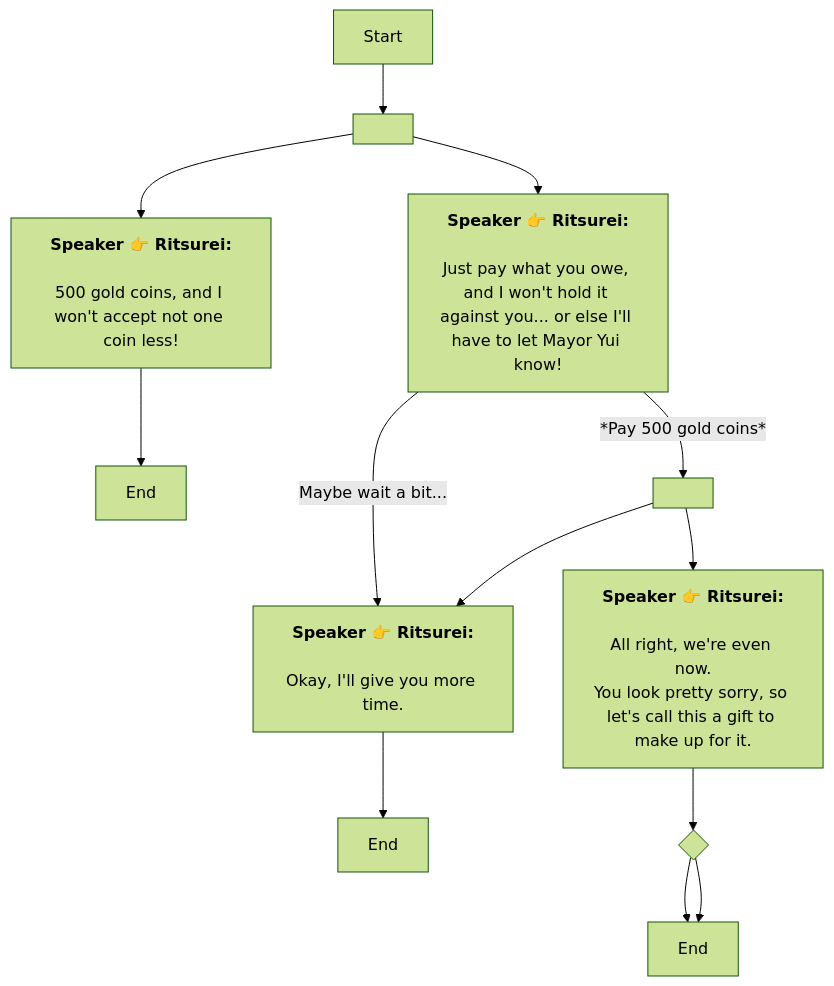
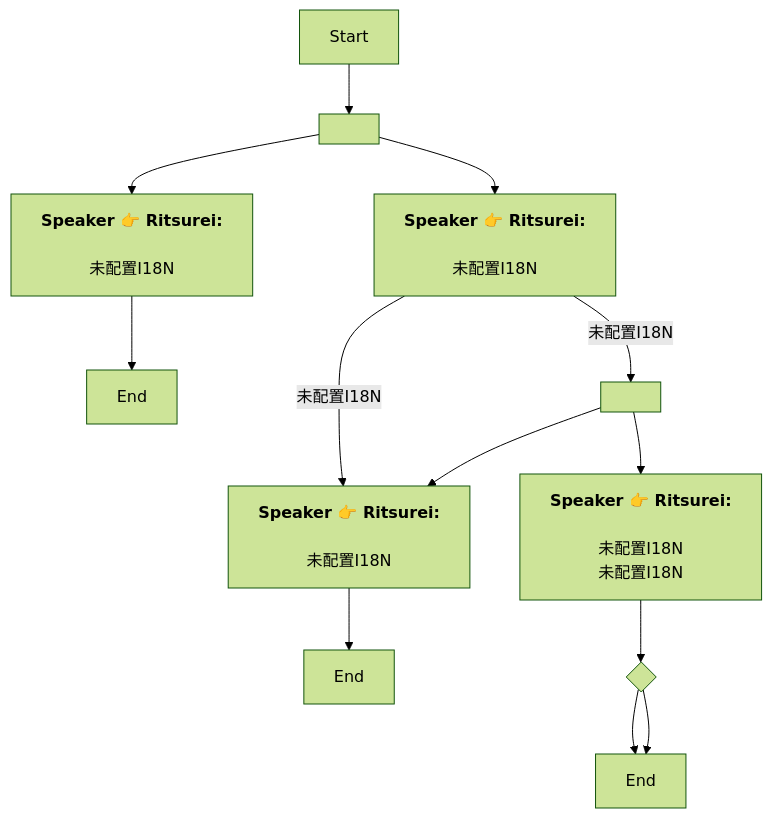
The diagram in En/QuestTalkObjectiveNode_1739145281838423.md (SoftHu/tos_avg), drawn with Mermaid (forest theme) before and after one commit. The commit also changed 730 other files, not shown here.

````diff
--- a/En/QuestTalkObjectiveNode_1739145281838423.md
+++ b/En/QuestTalkObjectiveNode_1739145281838423.md
@@ -1,22 +1,21 @@
 ```mermaid
 graph
 Start -->1739411791792326[ ]
 1739411791792326 -->1739146462102898[<b>Speaker 👉 Ritsurei:</b>
-\n500 gold coins, and I won't accept not one coin less!]
+\n未配置I18N]
 1739411791792326 -->1739145508784474[<b>Speaker 👉 Ritsurei:</b>
-\nJust pay what you owe, 
-and I won't hold it against you... or else I'll have to let Mayor Yui know!]
-1739145508784474 -->|Maybe wait a bit...|1739145810487649[<b>Speaker 👉 Ritsurei:</b>
-\nOkay, I'll give you more time.]
-1739145508784474 -->|*Pay 500 gold coins*|1739145581540699[ ]
+\n未配置I18N]
+1739145508784474 -->|未配置I18N|1739145810487649[<b>Speaker 👉 Ritsurei:</b>
+\n未配置I18N]
+1739145508784474 -->|未配置I18N|1739145581540699[ ]
 1739145581540699 -->1739145810487649[<b>Speaker 👉 Ritsurei:</b>
-\nOkay, I'll give you more time.]
+\n未配置I18N]
 1739145581540699 -->1739145858092387[<b>Speaker 👉 Ritsurei:</b>
-\nAll right, we're even now.\nYou look pretty sorry, so let's call this a gift to make up for it.]
+\n未配置I18N\n未配置I18N]
 1739145858092387 -->1770734707650649{ }
 1770734707650649 -->1739146078617956[End]
 1770734707650649 -->1739146078617956[End]
 1739145810487649 -->1739145852275042[End]
 1739146462102898 -->1739146492336499[End]
 
 ```
````
